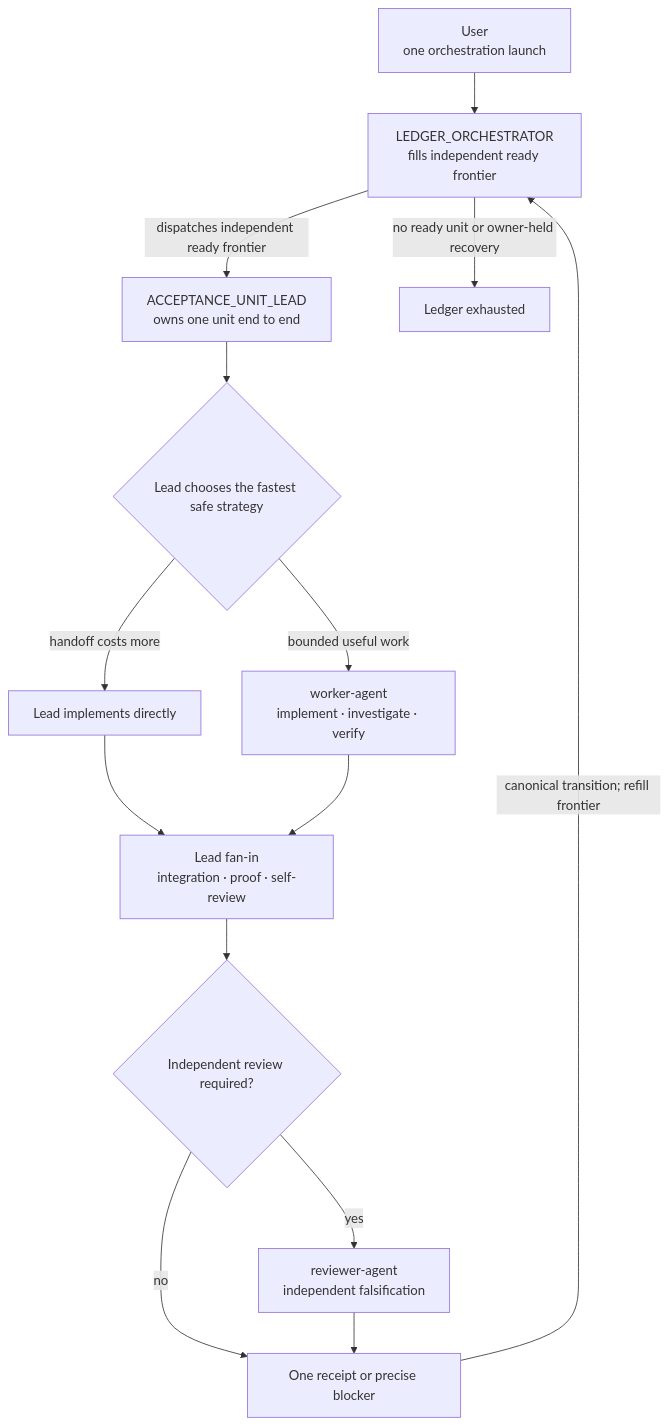
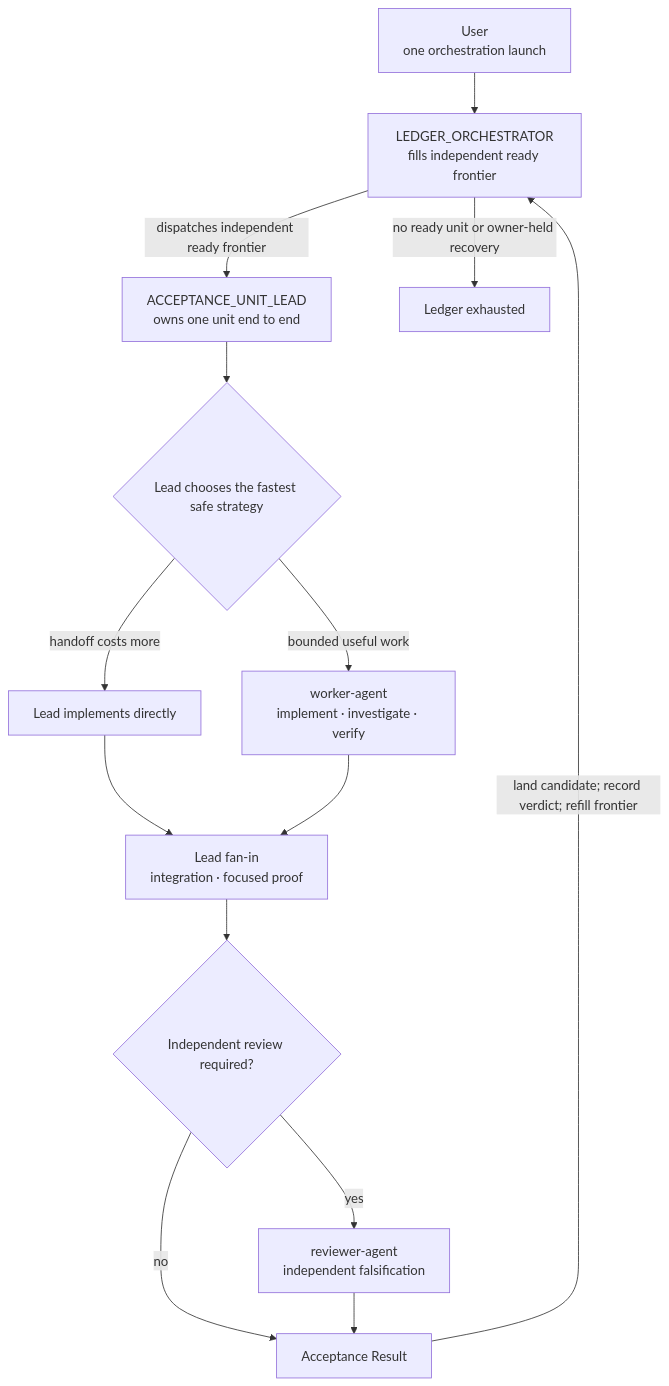
Before and after one commit to Dankosik/go-service-template-rest: the second of 2 diagrams in README.md, drawn with Mermaid. The commit also changed other lines of this file and 13 other files, not shown here.

````diff
--- a/README.md
+++ b/README.md
@@ -226,28 +226,28 @@
 ```mermaid
 flowchart TD
     user["User<br/>one orchestration launch"]
     orchestrator["LEDGER_ORCHESTRATOR<br/>fills independent ready frontier"]
     lead["ACCEPTANCE_UNIT_LEAD<br/>owns one unit end to end"]
     strategy{"Lead chooses the fastest safe strategy"}
     direct["Lead implements directly"]
     delegated["worker-agent<br/>implement · investigate · verify"]
-    fanin["Lead fan-in<br/>integration · proof · self-review"]
+    fanin["Lead fan-in<br/>integration · focused proof"]
     review{"Independent review required?"}
     reviewer["reviewer-agent<br/>independent falsification"]
-    receipt["One receipt or precise blocker"]
+    receipt["Acceptance Result"]
     done["Ledger exhausted"]
 
     user --> orchestrator
     orchestrator -->|"dispatches independent ready frontier"| lead
     lead --> strategy
     strategy -->|"handoff costs more"| direct
     strategy -->|"bounded useful work"| delegated
     direct --> fanin
     delegated --> fanin
     fanin --> review
     review -->|"yes"| reviewer
     review -->|"no"| receipt
     reviewer --> receipt
-    receipt -->|"canonical transition; refill frontier"| orchestrator
+    receipt -->|"land candidate; record verdict; refill frontier"| orchestrator
     orchestrator -->|"no ready unit or owner-held recovery"| done
 ```
````
